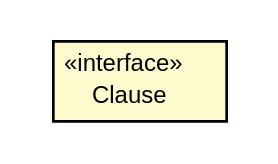
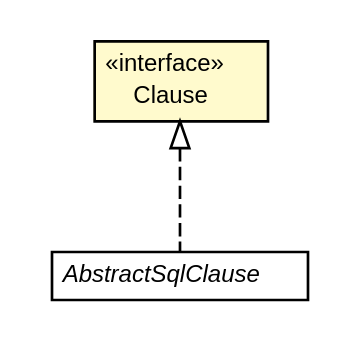
The diagram in docs/javadoc/apidocs/net/ljcomputing/sql/clause/Clause.dot (willmorejg/net.ljcomputing.sql), drawn with Graphviz before and after one commit. The commit also changed 236 other files, not shown here.

```diff
--- a/docs/javadoc/apidocs/net/ljcomputing/sql/clause/Clause.dot
+++ b/docs/javadoc/apidocs/net/ljcomputing/sql/clause/Clause.dot
@@ -1,19 +1,27 @@
 #!/usr/local/bin/dot
 #
 # Class diagram 
 # Generated by UMLGraph version R5_6 (http://www.umlgraph.org/)
 #
 
 digraph G {
 	edge [fontname="Helvetica",fontsize=10,labelfontname="Helvetica",labelfontsize=10];
 	node [fontname="Helvetica",fontsize=10,shape=plaintext];
 	nodesep=0.25;
 	ranksep=0.5;
 	// net.ljcomputing.sql.clause.Clause
-	c398 [label=<<table title="net.ljcomputing.sql.clause.Clause" border="0" cellborder="1" cellspacing="0" cellpadding="2" port="p" bgcolor="lemonChiffon" href="./Clause.html">
+	c586 [label=<<table title="net.ljcomputing.sql.clause.Clause" border="0" cellborder="1" cellspacing="0" cellpadding="2" port="p" bgcolor="lemonChiffon" href="./Clause.html">
 		<tr><td><table border="0" cellspacing="0" cellpadding="1">
 <tr><td align="center" balign="center"> &#171;interface&#187; </td></tr>
 <tr><td align="center" balign="center"> Clause </td></tr>
 		</table></td></tr>
 		</table>>, URL="./Clause.html", fontname="Helvetica", fontcolor="black", fontsize=9.0];
+	// net.ljcomputing.sql.clause.AbstractSqlClause
+	c587 [label=<<table title="net.ljcomputing.sql.clause.AbstractSqlClause" border="0" cellborder="1" cellspacing="0" cellpadding="2" port="p" href="./AbstractSqlClause.html">
+		<tr><td><table border="0" cellspacing="0" cellpadding="1">
+<tr><td align="center" balign="center"><font face="Helvetica-Oblique"> AbstractSqlClause </font></td></tr>
+		</table></td></tr>
+		</table>>, URL="./AbstractSqlClause.html", fontname="Helvetica", fontcolor="black", fontsize=9.0];
+	//net.ljcomputing.sql.clause.AbstractSqlClause implements net.ljcomputing.sql.clause.Clause
+	c586:p -> c587:p [dir=back,arrowtail=empty,style=dashed];
 }
```
